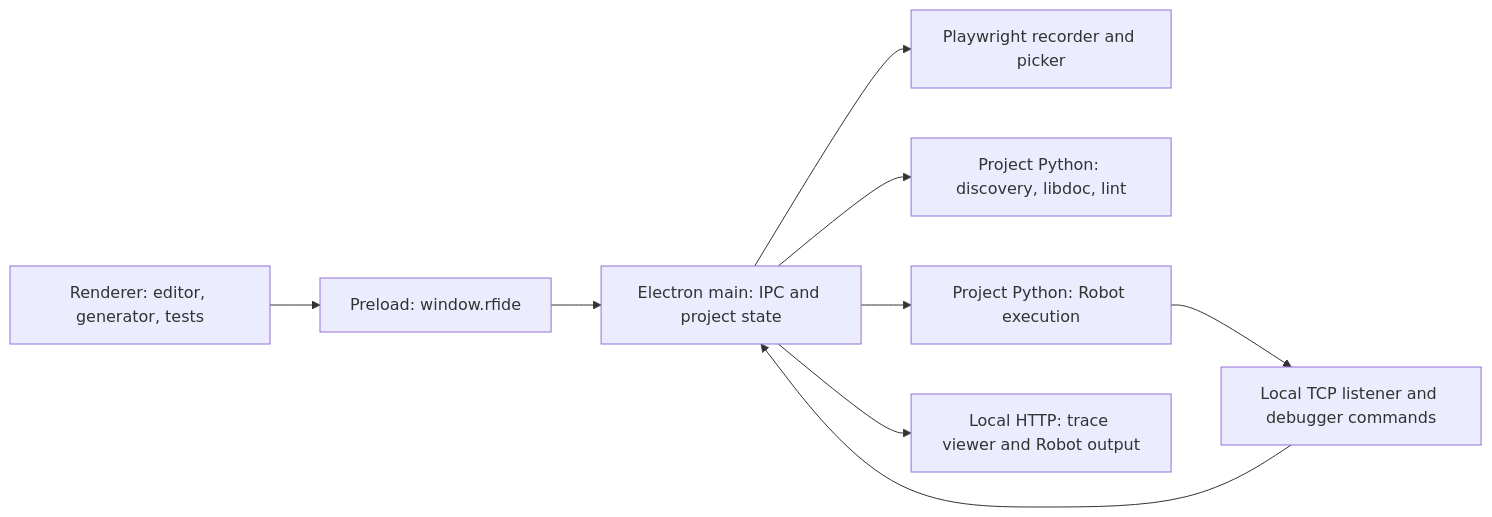
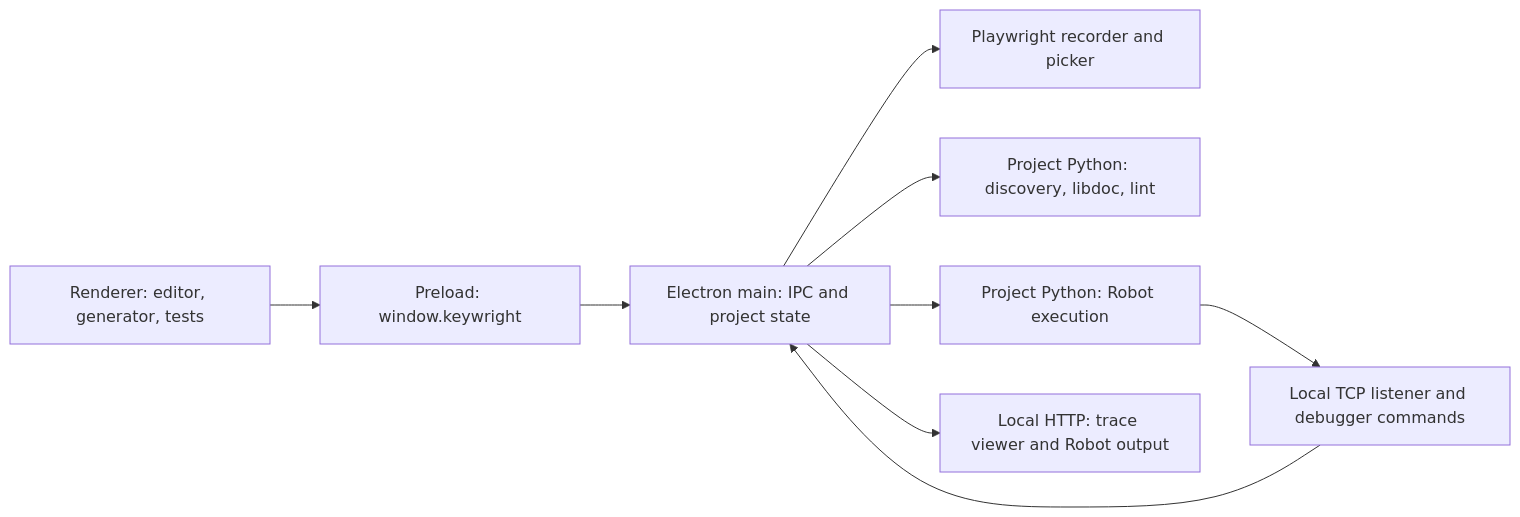
Before and after one commit to silvestrodecaro/keywright: the diagram in docs/architecture.md, drawn with Mermaid. The commit also changed other lines of this file and 41 other files, not shown here.

````diff
--- a/docs/architecture.md
+++ b/docs/architecture.md
@@ -10,11 +10,11 @@
 ```mermaid
 flowchart LR
-    UI[Renderer: editor, generator, tests] --> Bridge[Preload: window.rfide]
+    UI[Renderer: editor, generator, tests] --> Bridge[Preload: window.keywright]
     Bridge --> Main[Electron main: IPC and project state]
     Main --> Recorder[Playwright recorder and picker]
     Main --> Helpers[Project Python: discovery, libdoc, lint]
     Main --> Runner[Project Python: Robot execution]
     Runner --> Events[Local TCP listener and debugger commands]
     Events --> Main
     Main --> Output[Local HTTP: trace viewer and Robot output]
 ```
````
